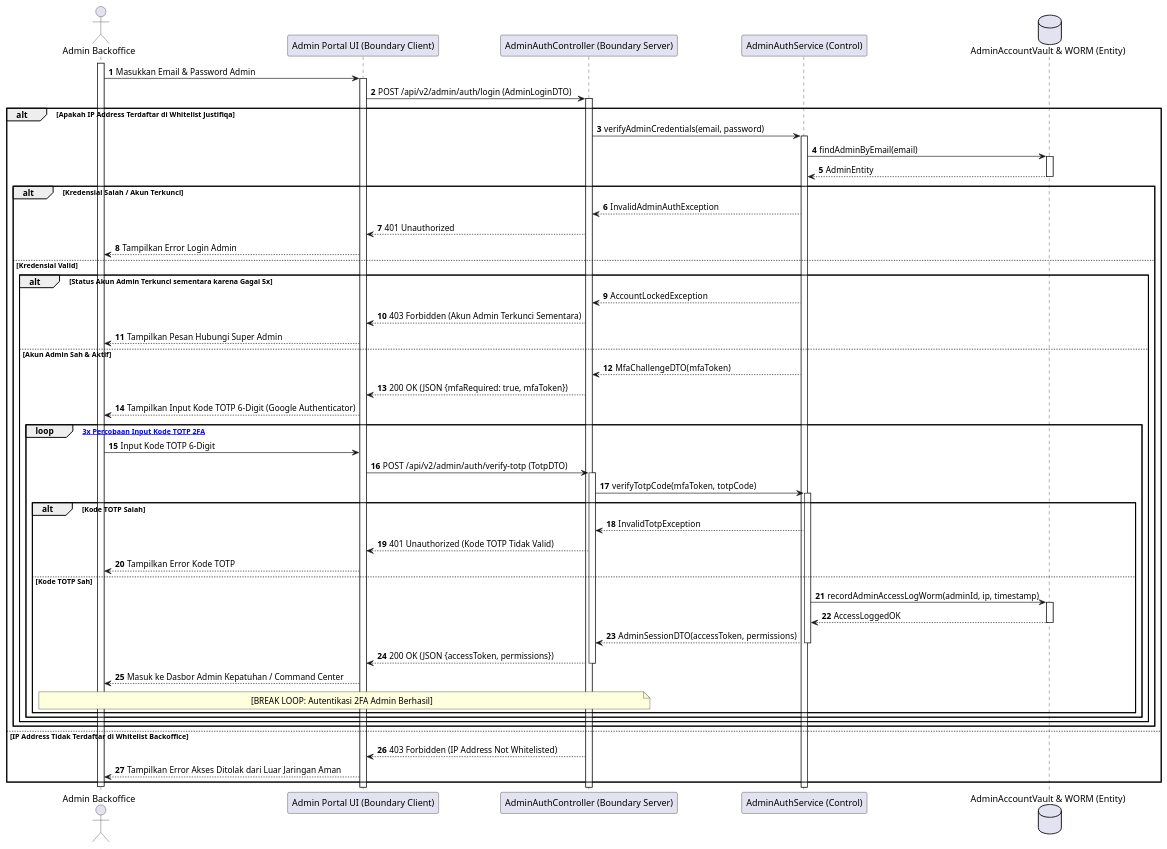
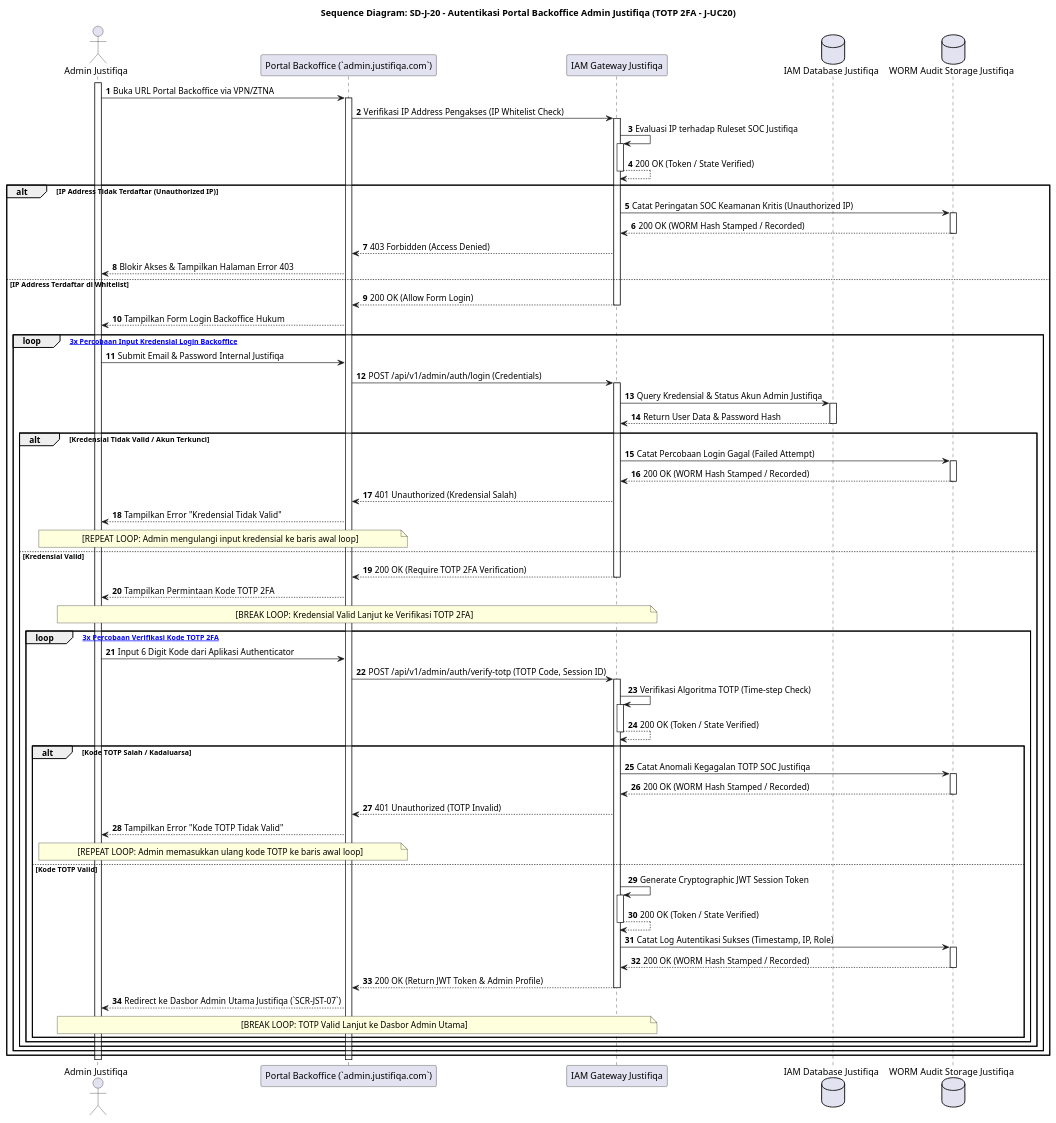
Before and after one commit to tupperwureism/SuperApp-Gagal: diagram 16 of 28 in MarkDown/plantuml_sequence_diagrams.md, drawn with PlantUML. The commit also changed other lines of this file and 3 other files, not shown here.

````diff
--- a/MarkDown/plantuml_sequence_diagrams.md
+++ b/MarkDown/plantuml_sequence_diagrams.md
@@ -914,59 +1214,71 @@
 ```plantuml
 @startuml
+title Sequence Diagram: SD-J-20 - Autentikasi Portal Backoffice Admin Justifiqa (TOTP 2FA - J-UC20)
 autonumber
-actor "Admin Backoffice" as User
-participant "Admin Portal UI (Boundary Client)" as B_FE
-participant "AdminAuthController (Boundary Server)" as B_BE
-participant "AdminAuthService (Control)" as C_Svc
-database "AdminAccountVault & WORM (Entity)" as E_DB
+actor "Admin Justifiqa" as Admin
+participant "Portal Backoffice (`admin.justifiqa.com`)" as FE
+participant "IAM Gateway Justifiqa" as IAM
+database "IAM Database Justifiqa" as DB
+database "WORM Audit Storage Justifiqa" as WORM
 
-activate User
-User -> B_FE ++ : Masukkan Email & Password Admin
-B_FE -> B_BE ++ : POST /api/v2/admin/auth/login (AdminLoginDTO)
+activate Admin
+Admin -> FE ++ : Buka URL Portal Backoffice via VPN/ZTNA
+FE -> IAM ++ : Verifikasi IP Address Pengakses (IP Whitelist Check)
+IAM -> IAM ++ : Evaluasi IP terhadap Ruleset SOC Justifiqa
+IAM --> IAM -- : 200 OK (Token / State Verified)
 
-alt Apakah IP Address Terdaftar di Whitelist Justifiqa
-    B_BE -> C_Svc ++ : verifyAdminCredentials(email, password)
-    C_Svc -> E_DB ++ : findAdminByEmail(email)
-    E_DB --> C_Svc -- : AdminEntity
-
-    alt Kredensial Salah / Akun Terkunci
-        C_Svc --> B_BE : InvalidAdminAuthException
-        B_BE --> B_FE : 401 Unauthorized
-        B_FE --> User : Tampilkan Error Login Admin
-    else Kredensial Valid
-        alt Status Akun Admin Terkunci sementara karena Gagal 5x
-            C_Svc --> B_BE : AccountLockedException
-            B_BE --> B_FE : 403 Forbidden (Akun Admin Terkunci Sementara)
-            B_FE --> User : Tampilkan Pesan Hubungi Super Admin
-        else Akun Admin Sah & Aktif
-            C_Svc --> B_BE : MfaChallengeDTO(mfaToken)
-            B_BE --> B_FE : 200 OK (JSON {mfaRequired: true, mfaToken})
-            B_FE --> User : Tampilkan Input Kode TOTP 6-Digit (Google Authenticator)
-
-            loop [Maksimal 3x Percobaan Input Kode TOTP 2FA]
-                User -> B_FE : Input Kode TOTP 6-Digit
-                B_FE -> B_BE ++ : POST /api/v2/admin/auth/verify-totp (TotpDTO)
-                B_BE -> C_Svc ++ : verifyTotpCode(mfaToken, totpCode)
-
-                alt Kode TOTP Salah
-                    C_Svc --> B_BE : InvalidTotpException
-                    B_BE --> B_FE : 401 Unauthorized (Kode TOTP Tidak Valid)
-                    B_FE --> User : Tampilkan Error Kode TOTP
-                else Kode TOTP Sah
-                    C_Svc -> E_DB ++ : recordAdminAccessLogWorm(adminId, ip, timestamp)
-                    E_DB --> C_Svc -- : AccessLoggedOK
-                    C_Svc --> B_BE -- : AdminSessionDTO(accessToken, permissions)
-                    B_BE --> B_FE -- : 200 OK (JSON {accessToken, permissions})
-                    B_FE --> User : Masuk ke Dasbor Admin Kepatuhan / Command Center
-                    note over User, B_BE : [BREAK LOOP: Autentikasi 2FA Admin Berhasil]
+alt IP Address Tidak Terdaftar (Unauthorized IP)
+    IAM -> WORM ++ : Catat Peringatan SOC Keamanan Kritis (Unauthorized IP)
+    WORM --> IAM -- : 200 OK (WORM Hash Stamped / Recorded)
+    IAM --> FE : 403 Forbidden (Access Denied)
+    FE --> Admin : Blokir Akses & Tampilkan Halaman Error 403
+else IP Address Terdaftar di Whitelist
+    IAM --> FE -- : 200 OK (Allow Form Login)
+    FE --> Admin : Tampilkan Form Login Backoffice Hukum
+    
+    loop [Maksimal 3x Percobaan Input Kredensial Login Backoffice]
+        Admin -> FE : Submit Email & Password Internal Justifiqa
+        FE -> IAM ++ : POST /api/v1/admin/auth/login (Credentials)
+        IAM -> DB ++ : Query Kredensial & Status Akun Admin Justifiqa
+        DB --> IAM -- : Return User Data & Password Hash
+        
+        alt Kredensial Tidak Valid / Akun Terkunci
+            IAM -> WORM ++ : Catat Percobaan Login Gagal (Failed Attempt)
+            WORM --> IAM -- : 200 OK (WORM Hash Stamped / Recorded)
+            IAM --> FE : 401 Unauthorized (Kredensial Salah)
+            FE --> Admin : Tampilkan Error "Kredensial Tidak Valid"
+            note over Admin, FE : [REPEAT LOOP: Admin mengulangi input kredensial ke baris awal loop]
+        else Kredensial Valid
+            IAM --> FE -- : 200 OK (Require TOTP 2FA Verification)
+            FE --> Admin : Tampilkan Permintaan Kode TOTP 2FA
+            note over Admin, IAM : [BREAK LOOP: Kredensial Valid Lanjut ke Verifikasi TOTP 2FA]
+            
+            loop [Maksimal 3x Percobaan Verifikasi Kode TOTP 2FA]
+                Admin -> FE : Input 6 Digit Kode dari Aplikasi Authenticator
+                FE -> IAM ++ : POST /api/v1/admin/auth/verify-totp (TOTP Code, Session ID)
+                IAM -> IAM ++ : Verifikasi Algoritma TOTP (Time-step Check)
+                IAM --> IAM -- : 200 OK (Token / State Verified)
+                
+                alt Kode TOTP Salah / Kadaluarsa
+                    IAM -> WORM ++ : Catat Anomali Kegagalan TOTP SOC Justifiqa
+                    WORM --> IAM -- : 200 OK (WORM Hash Stamped / Recorded)
+                    IAM --> FE : 401 Unauthorized (TOTP Invalid)
+                    FE --> Admin : Tampilkan Error "Kode TOTP Tidak Valid"
+                    note over Admin, FE : [REPEAT LOOP: Admin memasukkan ulang kode TOTP ke baris awal loop]
+                else Kode TOTP Valid
+                    IAM -> IAM ++ : Generate Cryptographic JWT Session Token
+                    IAM --> IAM -- : 200 OK (Token / State Verified)
+                    IAM -> WORM ++ : Catat Log Autentikasi Sukses (Timestamp, IP, Role)
+                    WORM --> IAM -- : 200 OK (WORM Hash Stamped / Recorded)
+                    IAM --> FE -- : 200 OK (Return JWT Token & Admin Profile)
+                    FE --> Admin : Redirect ke Dasbor Admin Utama Justifiqa (`SCR-JST-07`)
+                    note over Admin, IAM : [BREAK LOOP: TOTP Valid Lanjut ke Dasbor Admin Utama]
                 end
             end
         end
     end
-else IP Address Tidak Terdaftar di Whitelist Backoffice
-    B_BE --> B_FE : 403 Forbidden (IP Address Not Whitelisted)
-    B_FE --> User : Tampilkan Error Akses Ditolak dari Luar Jaringan Aman
 end
-deactivate User
+deactivate FE
+deactivate Admin
 @enduml
 ```
````
